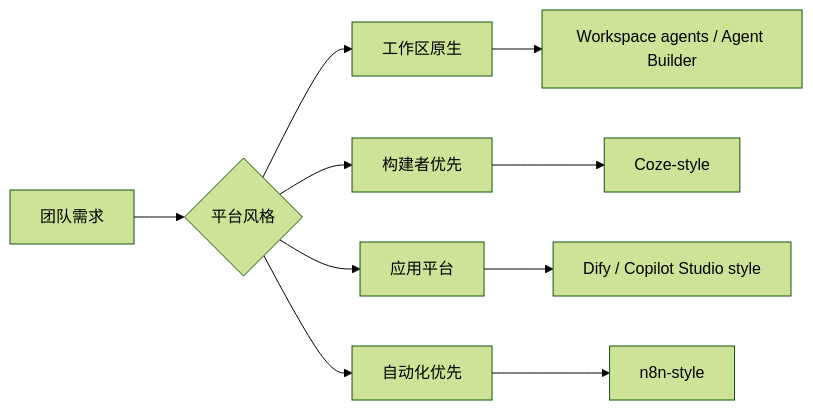
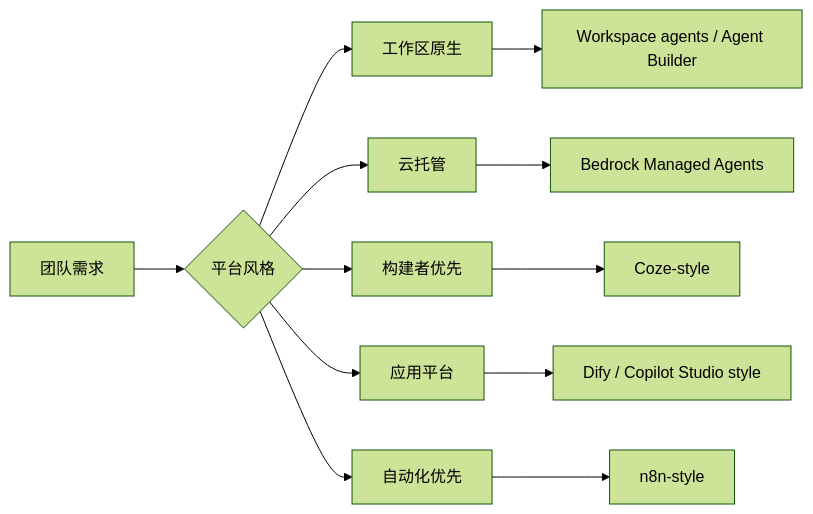
One commit to Prompthon-IO/agentic-lab changed the diagram in zh-Hans/ecosystem/agent-platforms-and-low-code-builders.mdx. Above: the diagram before and after it, drawn with Mermaid (forest theme). The commit also changed other lines of this file and 32 other files, not shown here.

````diff
--- a/zh-Hans/ecosystem/agent-platforms-and-low-code-builders.mdx
+++ b/zh-Hans/ecosystem/agent-platforms-and-low-code-builders.mdx
@@ -54,12 +62,14 @@
 ```mermaid
 flowchart LR
   Need["团队需求"] --> Choice{"平台风格"}
   Choice --> Workspace["工作区原生"]
+  Choice --> Managed["云托管"]
   Choice --> Builder["构建者优先"]
   Choice --> App["应用平台"]
   Choice --> Automation["自动化优先"]
   Workspace --> OpenAI["Workspace agents / Agent Builder"]
+  Managed --> Bedrock["Bedrock Managed Agents"]
   Builder --> Coze["Coze-style"]
   App --> Dify["Dify / Copilot Studio style"]
   Automation --> N8N["n8n-style"]
 ```
````
